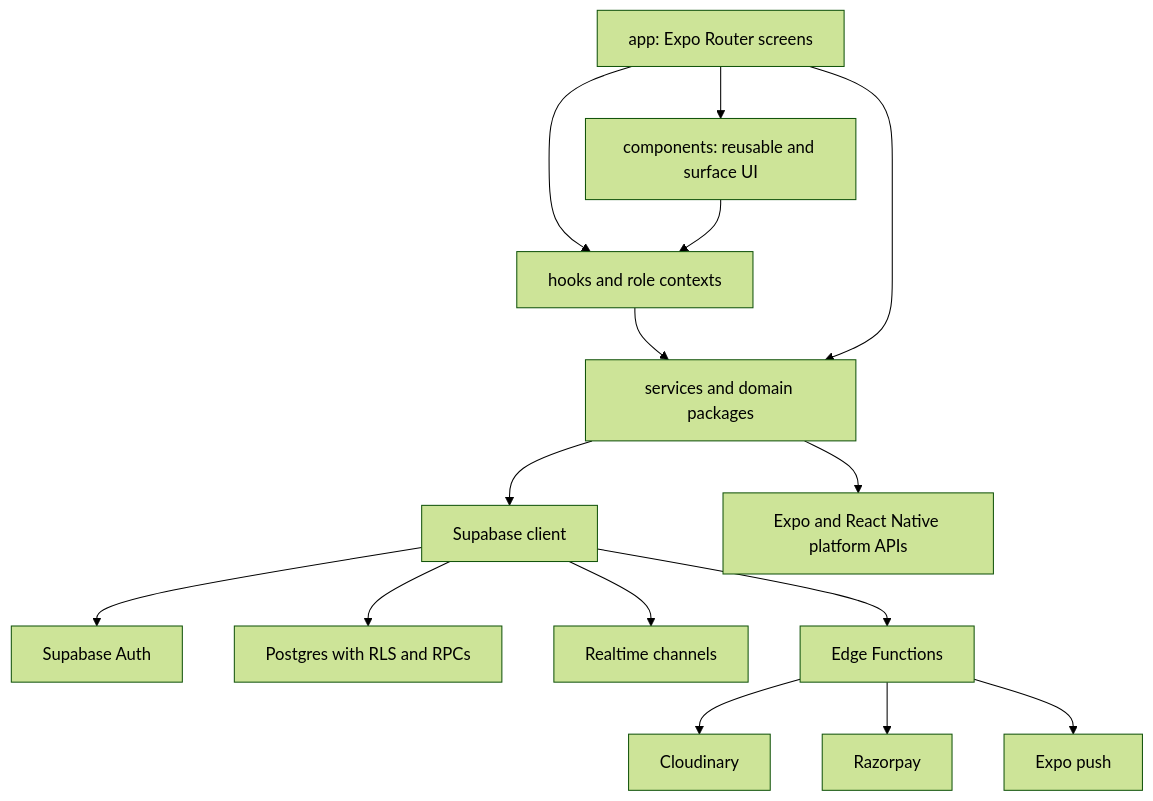
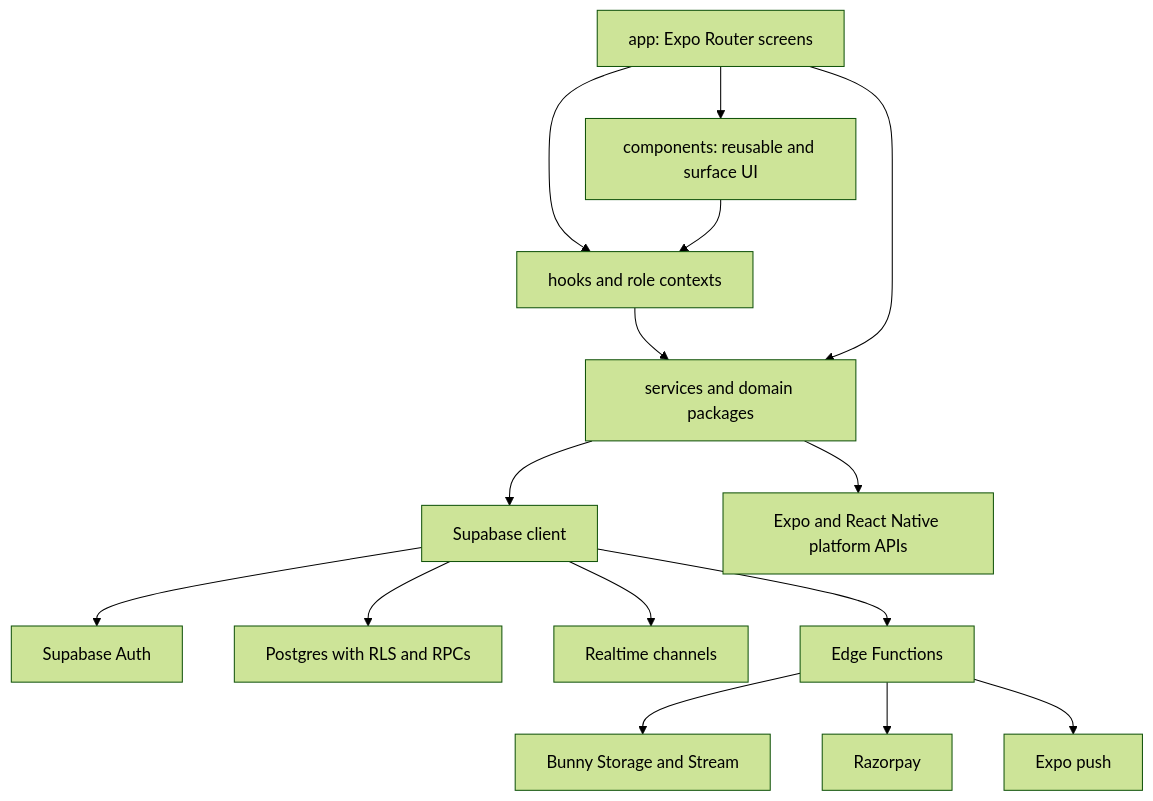
The second of 6 diagrams in docs/ARCHITECTURE.md (RoyalLagn/ROYAL-2.0), drawn with Mermaid (forest theme) before and after one commit. The commit also changed other lines of this file and 72 other files, not shown here.

Commit message:
Remove Cloudinary and complete Bunny migration

````diff
--- a/docs/ARCHITECTURE.md
+++ b/docs/ARCHITECTURE.md
@@ -59,17 +59,17 @@
 ```mermaid
 flowchart TB
     Routes[app: Expo Router screens] --> Components[components: reusable and surface UI]
     Routes --> Hooks[hooks and role contexts]
     Components --> Hooks
     Hooks --> Services[services and domain packages]
     Routes --> Services
     Services --> Client[Supabase client]
     Services --> Device[Expo and React Native platform APIs]
     Client --> Auth[Supabase Auth]
     Client --> DB[Postgres with RLS and RPCs]
     Client --> Realtime[Realtime channels]
     Client --> Functions[Edge Functions]
-    Functions --> Cloudinary[Cloudinary]
+    Functions --> Bunny[Bunny Storage and Stream]
     Functions --> Razorpay[Razorpay]
     Functions --> Push[Expo push]
 ```
````
